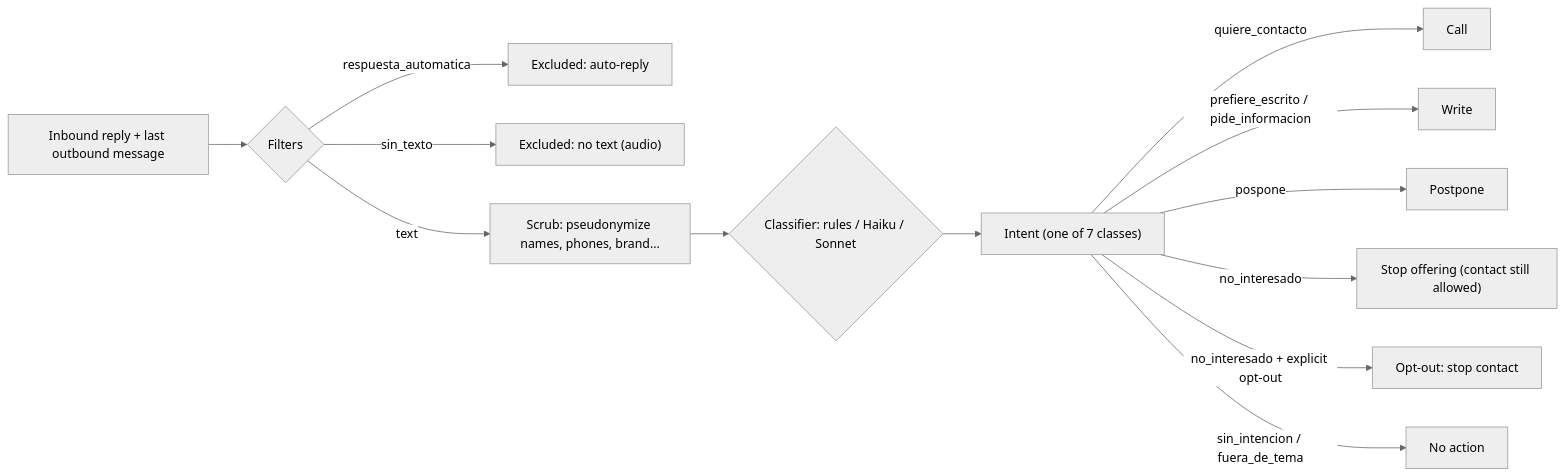
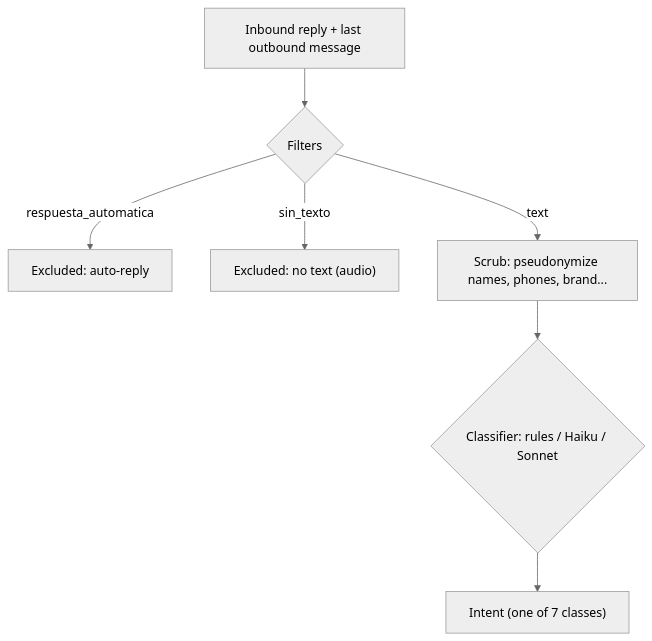
Before and after one commit to onls294/reply-intent-classifier: the diagram in README.md, drawn with Mermaid (neutral theme). The commit also changed other lines of this file and 2 other files, not shown here.

Commit message:
Clarify claims, add My role section, simplify diagram and add class table

````diff
--- a/README.md
+++ b/README.md
@@ -41,15 +49,9 @@
 ```mermaid
-flowchart LR
+flowchart TD
     A["Inbound reply + last outbound message"] --> F{"Filters"}
     F -->|respuesta_automatica| X1["Excluded: auto-reply"]
     F -->|sin_texto| X2["Excluded: no text (audio)"]
     F -->|text| S["Scrub: pseudonymize names, phones, brand..."]
     S --> C{"Classifier: rules / Haiku / Sonnet"}
     C --> I["Intent (one of 7 classes)"]
-    I -->|quiere_contacto| A1["Call"]
-    I -->|prefiere_escrito / pide_informacion| A2["Write"]
-    I -->|pospone| A3["Postpone"]
-    I -->|no_interesado| A4["Stop offering (contact still allowed)"]
-    I -->|no_interesado + explicit opt-out| A5["Opt-out: stop contact"]
-    I -->|sin_intencion / fuera_de_tema| A6["No action"]
 ```
````
